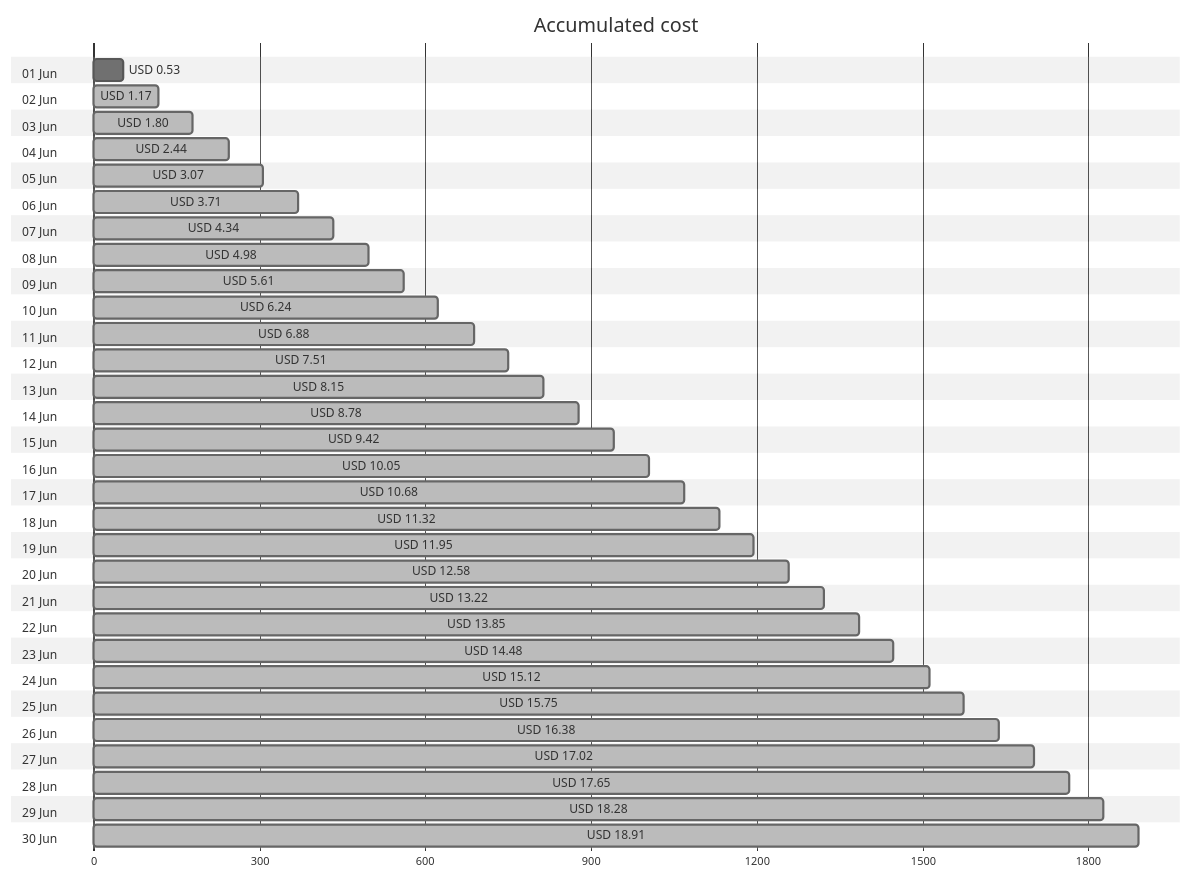
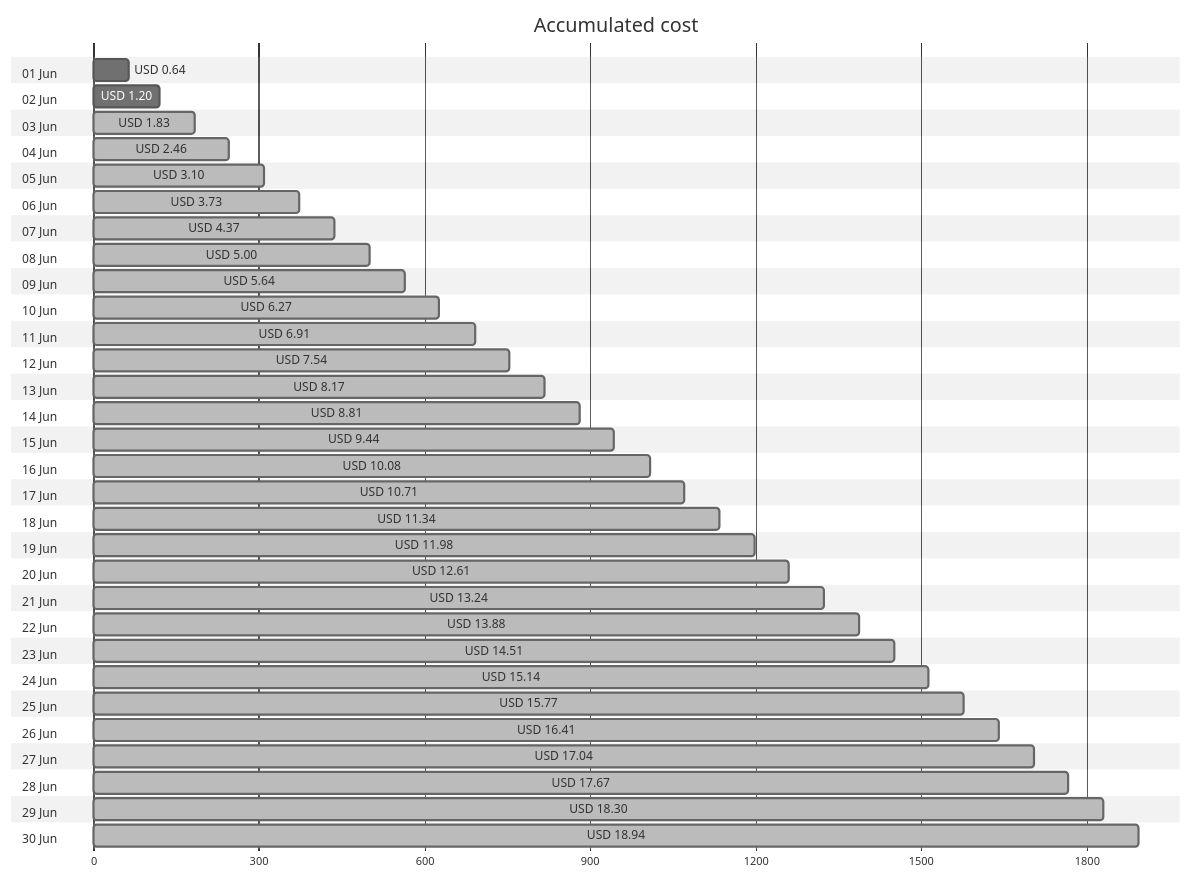
Before and after one commit to jpfulton/azure-personal-reports: the first of 4 diagrams in cost-reports/accumulated-cost.md, drawn with Mermaid (neutral theme). The commit also changed other lines of this file and 4 other files, not shown here.

````diff
--- a/cost-reports/accumulated-cost.md
+++ b/cost-reports/accumulated-cost.md
@@ -20,66 +20,66 @@
 ```mermaid
 gantt
    title Accumulated cost
    dateFormat  X
    axisFormat %s
    section 01 Jun
-   USD 0.53 :0, 53
+   USD 0.64 :0, 64
    section 02 Jun
-   USD 1.17 : done, 0, 117
+   USD 1.20 :0, 120
    section 03 Jun
-   USD 1.80 : done, 0, 180
+   USD 1.83 : done, 0, 183
    section 04 Jun
-   USD 2.44 : done, 0, 244
+   USD 2.46 : done, 0, 246
    section 05 Jun
-   USD 3.07 : done, 0, 307
+   USD 3.10 : done, 0, 310
    section 06 Jun
-   USD 3.71 : done, 0, 371
+   USD 3.73 : done, 0, 373
    section 07 Jun
-   USD 4.34 : done, 0, 434
+   USD 4.37 : done, 0, 437
    section 08 Jun
-   USD 4.98 : done, 0, 498
+   USD 5.00 : done, 0, 500
    section 09 Jun
-   USD 5.61 : done, 0, 561
+   USD 5.64 : done, 0, 564
    section 10 Jun
-   USD 6.24 : done, 0, 624
+   USD 6.27 : done, 0, 627
    section 11 Jun
-   USD 6.88 : done, 0, 688
+   USD 6.91 : done, 0, 691
    section 12 Jun
-   USD 7.51 : done, 0, 751
+   USD 7.54 : done, 0, 754
    section 13 Jun
-   USD 8.15 : done, 0, 815
+   USD 8.17 : done, 0, 817
    section 14 Jun
-   USD 8.78 : done, 0, 878
+   USD 8.81 : done, 0, 881
    section 15 Jun
-   USD 9.42 : done, 0, 942
+   USD 9.44 : done, 0, 944
    section 16 Jun
-   USD 10.05 : done, 0, 1005
+   USD 10.08 : done, 0, 1008
    section 17 Jun
-   USD 10.68 : done, 0, 1068
+   USD 10.71 : done, 0, 1071
    section 18 Jun
-   USD 11.32 : done, 0, 1132
+   USD 11.34 : done, 0, 1134
    section 19 Jun
-   USD 11.95 : done, 0, 1195
+   USD 11.98 : done, 0, 1198
    section 20 Jun
-   USD 12.58 : done, 0, 1258
+   USD 12.61 : done, 0, 1261
    section 21 Jun
-   USD 13.22 : done, 0, 1322
+   USD 13.24 : done, 0, 1324
    section 22 Jun
-   USD 13.85 : done, 0, 1385
+   USD 13.88 : done, 0, 1388
    section 23 Jun
-   USD 14.48 : done, 0, 1448
+   USD 14.51 : done, 0, 1451
    section 24 Jun
-   USD 15.12 : done, 0, 1512
+   USD 15.14 : done, 0, 1514
    section 25 Jun
-   USD 15.75 : done, 0, 1575
+   USD 15.77 : done, 0, 1577
    section 26 Jun
-   USD 16.38 : done, 0, 1638
+   USD 16.41 : done, 0, 1641
    section 27 Jun
-   USD 17.02 : done, 0, 1702
+   USD 17.04 : done, 0, 1704
    section 28 Jun
-   USD 17.65 : done, 0, 1765
+   USD 17.67 : done, 0, 1767
    section 29 Jun
-   USD 18.28 : done, 0, 1828
+   USD 18.30 : done, 0, 1830
    section 30 Jun
-   USD 18.91 : done, 0, 1891
+   USD 18.94 : done, 0, 1894
 ```
````
